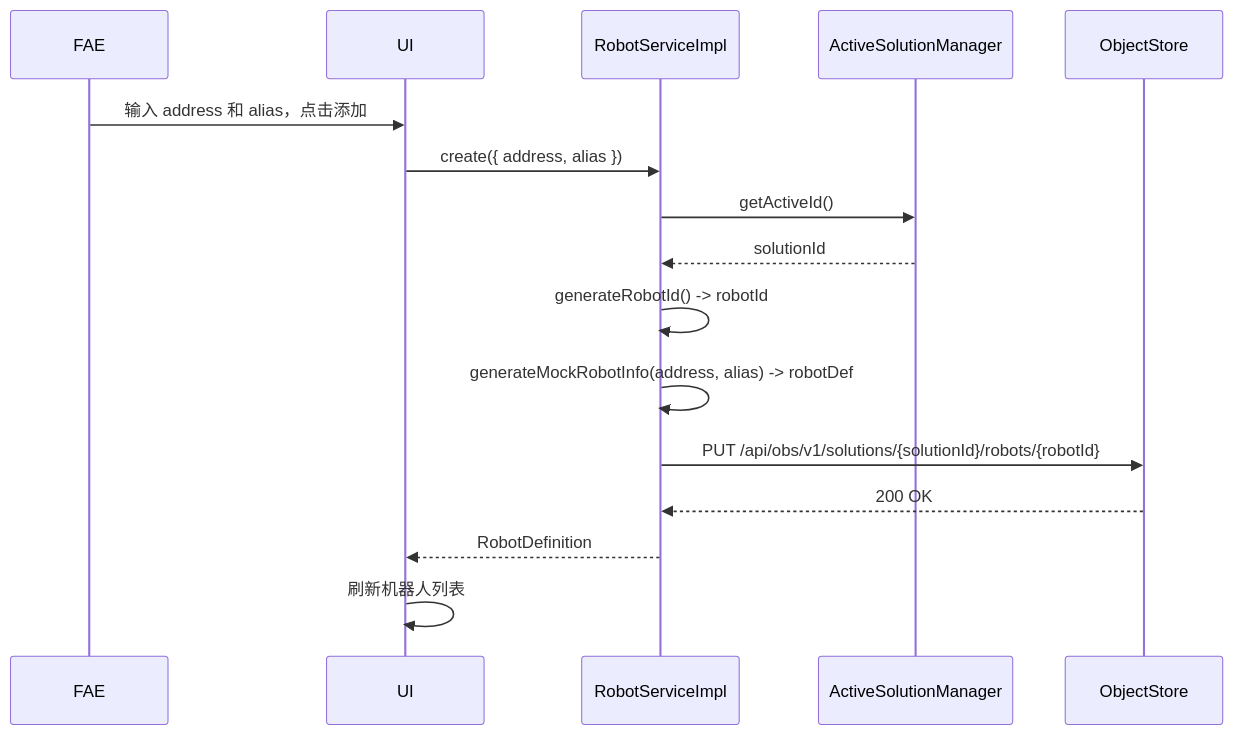
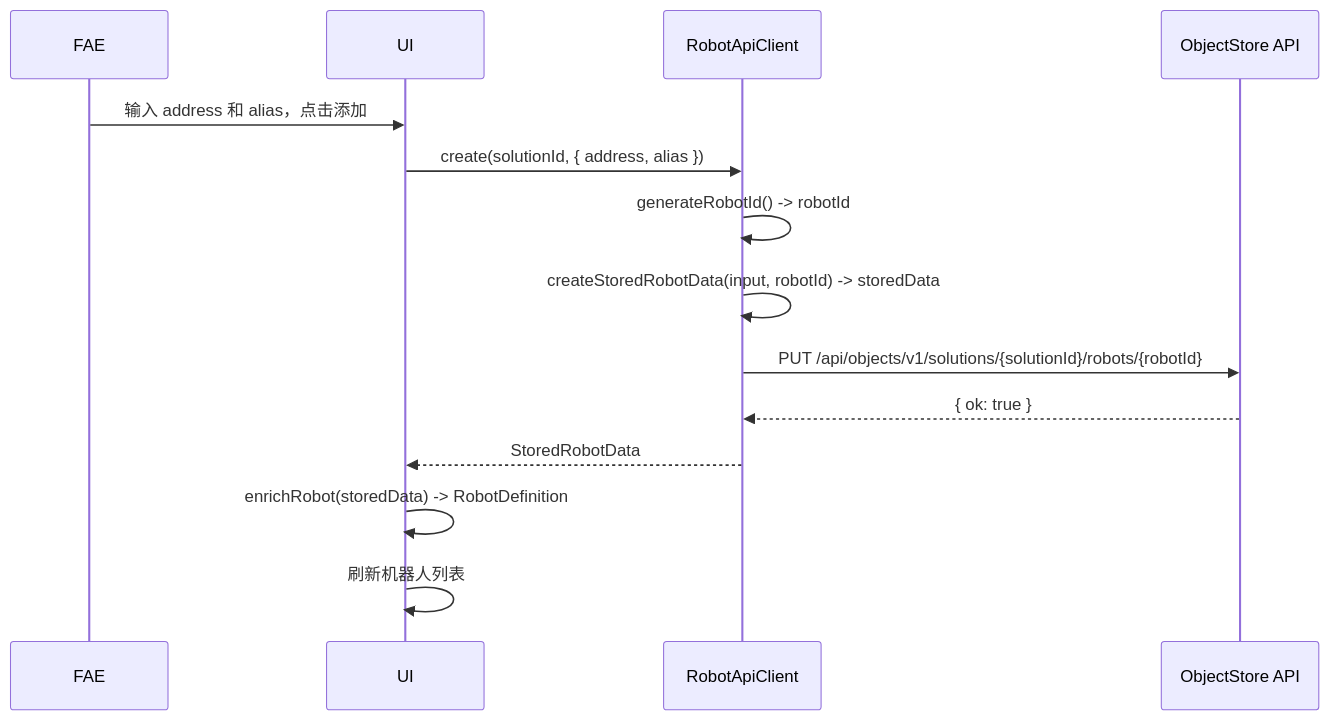
Before and after one commit to etrita005/syrius-robotops: the ninth of 11 diagrams in documents/design/solution_management_design.md, drawn with Mermaid. The commit also changed other lines of this file and 42 other files, not shown here.

First line of the commit message:
refactor: simplify backend to generic object store API, move business logic to frontend

````diff
--- a/documents/design/solution_management_design.md
+++ b/documents/design/solution_management_design.md
@@ -612,19 +602,17 @@
 ```mermaid
 sequenceDiagram
     participant FAE
     participant UI
-    participant RSI as RobotServiceImpl
-    participant ASM as ActiveSolutionManager
-    participant OS as ObjectStore
+    participant RA as RobotApiClient
+    participant OS as ObjectStore API
 
     FAE->>UI: 输入 address 和 alias，点击添加
-    UI->>RSI: create({ address, alias })
-    RSI->>ASM: getActiveId()
-    ASM-->>RSI: solutionId
-    RSI->>RSI: generateRobotId() -> robotId
-    RSI->>RSI: generateMockRobotInfo(address, alias) -> robotDef
-    RSI->>OS: PUT /api/obs/v1/solutions/{solutionId}/robots/{robotId}
-    OS-->>RSI: 200 OK
-    RSI-->>UI: RobotDefinition
+    UI->>RA: create(solutionId, { address, alias })
+    RA->>RA: generateRobotId() -> robotId
+    RA->>RA: createStoredRobotData(input, robotId) -> storedData
+    RA->>OS: PUT /api/objects/v1/solutions/{solutionId}/robots/{robotId}
+    OS-->>RA: { ok: true }
+    RA-->>UI: StoredRobotData
+    UI->>UI: enrichRobot(storedData) -> RobotDefinition
     UI->>UI: 刷新机器人列表
 ```
````
